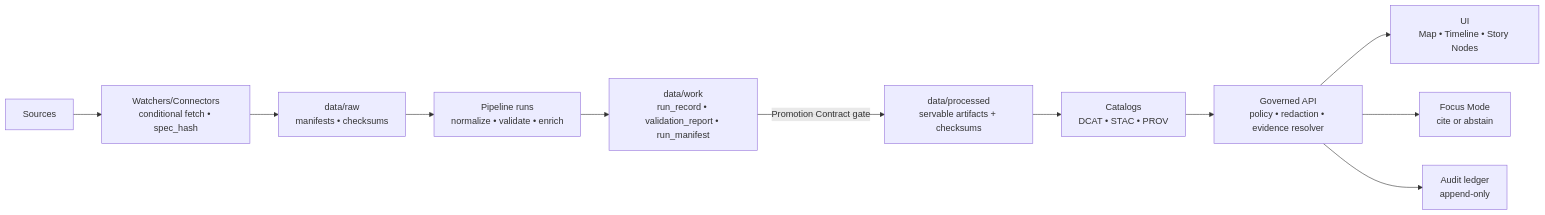
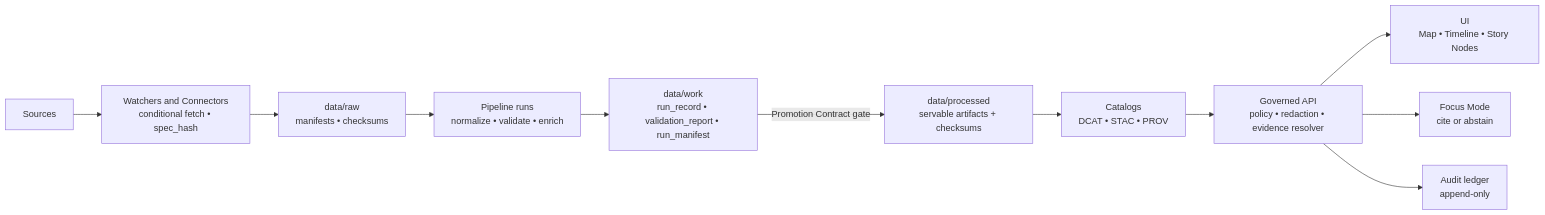
One commit to bartytime4life/Kansas-Frontier-Matrix changed the diagram in README.md. Above: the diagram before and after it, drawn with Mermaid. The commit also changed other lines of this file, not shown here.

````diff
--- a/README.md
+++ b/README.md
@@ -308,13 +349,13 @@
 ```mermaid
 flowchart LR
-  S[Sources] --> W[Watchers/Connectors<br/>conditional fetch • spec_hash]
+  S[Sources] --> W[Watchers and Connectors<br/>conditional fetch • spec_hash]
   W --> RAW[data/raw<br/>manifests • checksums]
   RAW --> RUN[Pipeline runs<br/>normalize • validate • enrich]
   RUN --> WORK[data/work<br/>run_record • validation_report • run_manifest]
   WORK -->|Promotion Contract gate| PROC[data/processed<br/>servable artifacts + checksums]
   PROC --> CAT[Catalogs<br/>DCAT • STAC • PROV]
   CAT --> API[Governed API<br/>policy • redaction • evidence resolver]
   API --> UI[UI<br/>Map • Timeline • Story Nodes]
   API --> FM[Focus Mode<br/>cite or abstain]
   API --> AUD[Audit ledger<br/>append-only]
 ```
````
